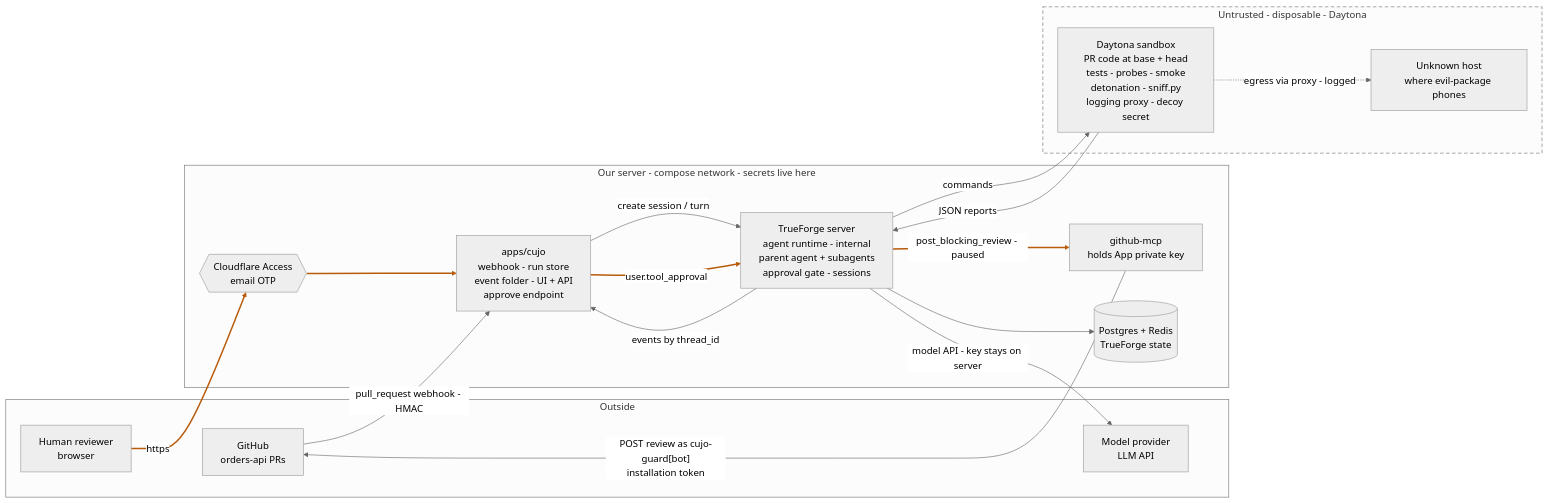
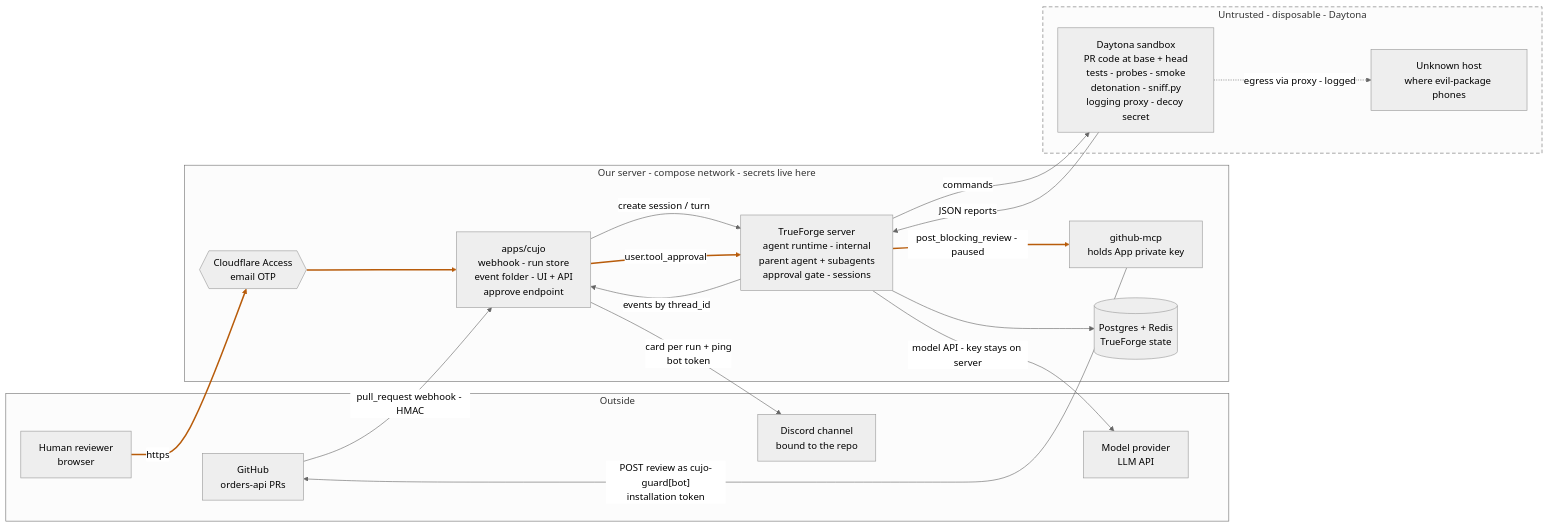
The first of 2 diagrams in docs/architecture.md (spencerjireh/cujo), drawn with Mermaid (neutral theme) before and after one commit. The commit also changed other lines of this file and 5 other files, not shown here.

````diff
--- a/docs/architecture.md
+++ b/docs/architecture.md
@@ -58,38 +60,42 @@
 ```mermaid
 flowchart LR
   subgraph outside [Outside]
     GH[GitHub<br/>orders-api PRs]
     Human[Human reviewer<br/>browser]
     LLM[Model provider<br/>LLM API]
+    Discord[Discord channel<br/>bound to the repo]
   end
 
   subgraph server [Our server - compose network - secrets live here]
     Access{{Cloudflare Access<br/>email OTP}}
     Cujo[apps/cujo<br/>webhook - run store<br/>event folder - UI + API<br/>approve endpoint]
     TF[TrueForge server<br/>agent runtime - internal<br/>parent agent + subagents<br/>approval gate - sessions]
     MCP[github-mcp<br/>holds App private key]
     DB[(Postgres + Redis<br/>TrueForge state)]
   end
 
   subgraph sandbox [Untrusted - disposable - Daytona]
     SB[Daytona sandbox<br/>PR code at base + head<br/>tests - probes - smoke<br/>detonation - sniff.py<br/>logging proxy - decoy secret]
     Canary[Unknown host<br/>where evil-package phones]
   end
 
   GH -- "pull_request webhook - HMAC" --> Cujo
   MCP -- "POST review as cujo-guard[bot]<br/>installation token" --> GH
   Human -- https --> Access
   Access --> Cujo
   Cujo -- "create session / turn" --> TF
   TF -- "events by thread_id" --> Cujo
   Cujo -- "user.tool_approval" --> TF
   TF -- "post_blocking_review - paused" --> MCP
   TF -- "model API - key stays on server" --> LLM
   TF --> DB
   TF -- "commands" --> SB
   SB -- "JSON reports" --> TF
   SB -. "egress via proxy - logged" .-> Canary
+  %% Appended last on purpose: linkStyle below indexes edges by declaration
+  %% order, so inserting one earlier recolours the wrong arrows.
+  Cujo -- "card per run + ping<br/>bot token" --> Discord
 
   linkStyle 2,3,6,7 stroke:#b85c0b,stroke-width:2.5px
   style sandbox stroke-dasharray: 6 4
 ```
````
